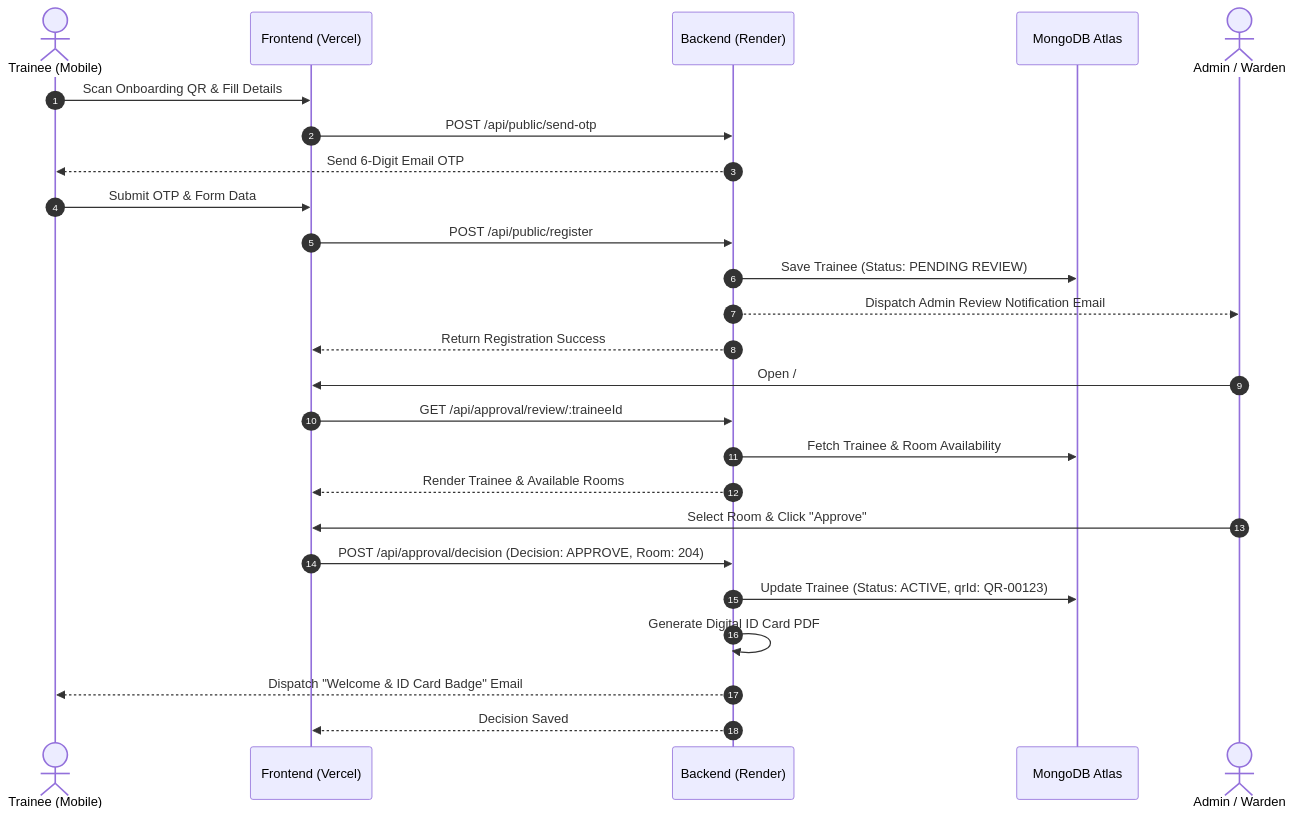
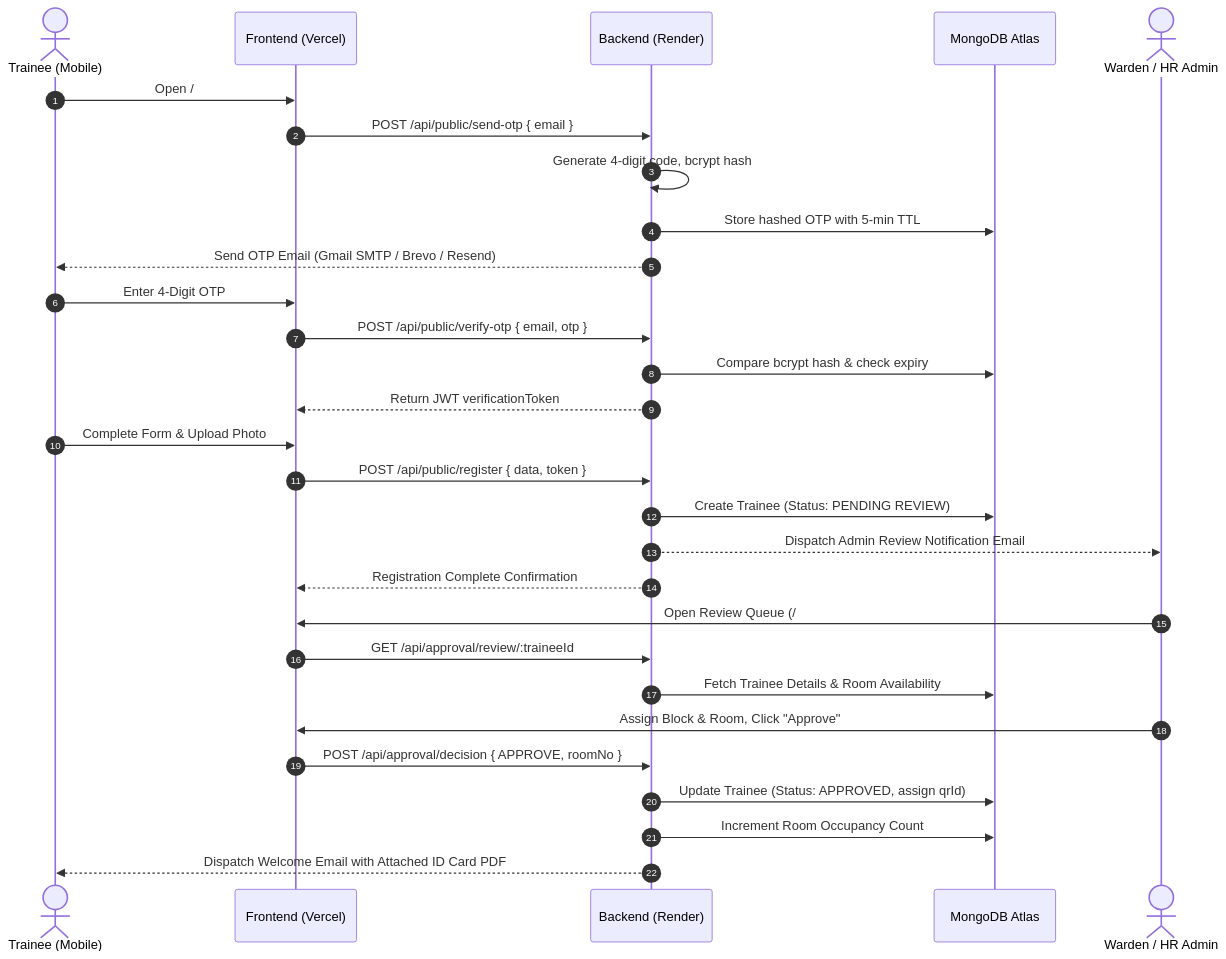
The fourth of 6 diagrams in PROJECT_REPORT.md (RavaneshSaravanan/Trainee-Hostel-Management), drawn with Mermaid before and after one commit. The commit also changed other lines of this file, not shown here.

Commit message:
Update comprehensive project report with complete system architecture, security, and multi-provider email strategy

````diff
--- a/PROJECT_REPORT.md
+++ b/PROJECT_REPORT.md
@@ -230,30 +299,33 @@
 ```mermaid
 sequenceDiagram
     autonumber
     actor Trainee as Trainee (Mobile)
-    participant Front as Frontend (Vercel)
-    participant Back as Backend (Render)
+    participant Vercel as Frontend (Vercel)
+    participant Render as Backend (Render)
     participant DB as MongoDB Atlas
-    actor Admin as Admin / Warden
+    actor Admin as Warden / HR Admin
 
-    Trainee->>Front: Scan Onboarding QR & Fill Details
-    Front->>Back: POST /api/public/send-otp
-    Back-->>Trainee: Send 6-Digit Email OTP
-    Trainee->>Front: Submit OTP & Form Data
-    Front->>Back: POST /api/public/register
-    Back->>DB: Save Trainee (Status: PENDING REVIEW)
-    Back-->>Admin: Dispatch Admin Review Notification Email
-    Back-->>Front: Return Registration Success
+    Trainee->>Vercel: Open /#/register & Enter Email
+    Vercel->>Render: POST /api/public/send-otp { email }
+    Render->>Render: Generate 4-digit code, bcrypt hash
+    Render->>DB: Store hashed OTP with 5-min TTL
+    Render-->>Trainee: Send OTP Email (Gmail SMTP / Brevo / Resend)
+    Trainee->>Vercel: Enter 4-Digit OTP
+    Vercel->>Render: POST /api/public/verify-otp { email, otp }
+    Render->>DB: Compare bcrypt hash & check expiry
+    Render-->>Vercel: Return JWT verificationToken
+    Trainee->>Vercel: Complete Form & Upload Photo
+    Vercel->>Render: POST /api/public/register { data, token }
+    Render->>DB: Create Trainee (Status: PENDING REVIEW)
+    Render-->>Admin: Dispatch Admin Review Notification Email
+    Render-->>Vercel: Registration Complete Confirmation
 
-    Admin->>Front: Open /#/review/:traineeId
-    Front->>Back: GET /api/approval/review/:traineeId
-    Back->>DB: Fetch Trainee & Room Availability
-    Back-->>Front: Render Trainee & Available Rooms
-
-    Admin->>Front: Select Room & Click "Approve"
-    Front->>Back: POST /api/approval/decision (Decision: APPROVE, Room: 204)
-    Back->>DB: Update Trainee (Status: ACTIVE, qrId: QR-00123)
-    Back->>Back: Generate Digital ID Card PDF
-    Back-->>Trainee: Dispatch "Welcome & ID Card Badge" Email
-    Back-->>Front: Decision Saved
+    Admin->>Vercel: Open Review Queue (/#/review/:traineeId)
+    Vercel->>Render: GET /api/approval/review/:traineeId
+    Render->>DB: Fetch Trainee Details & Room Availability
+    Admin->>Vercel: Assign Block & Room, Click "Approve"
+    Vercel->>Render: POST /api/approval/decision { APPROVE, roomNo }
+    Render->>DB: Update Trainee (Status: APPROVED, assign qrId)
+    Render->>DB: Increment Room Occupancy Count
+    Render-->>Trainee: Dispatch Welcome Email with Attached ID Card PDF
 ```
````
